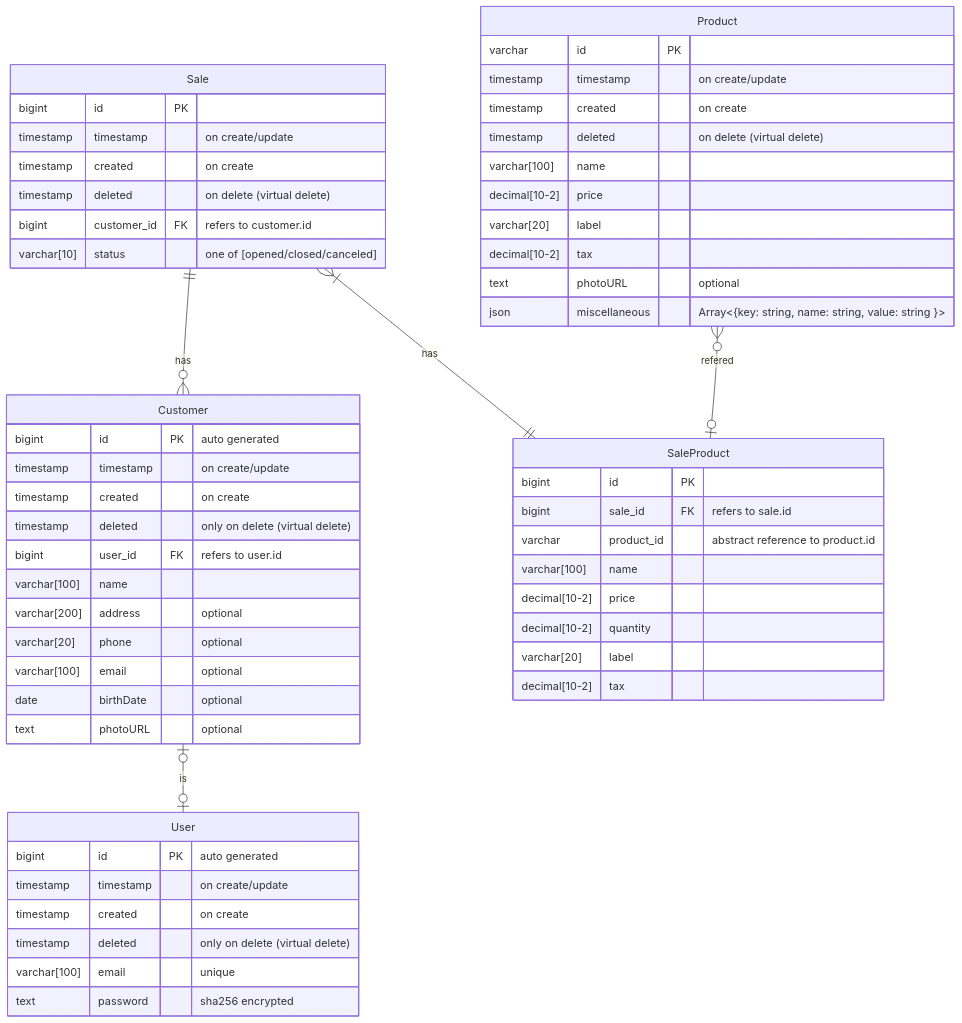
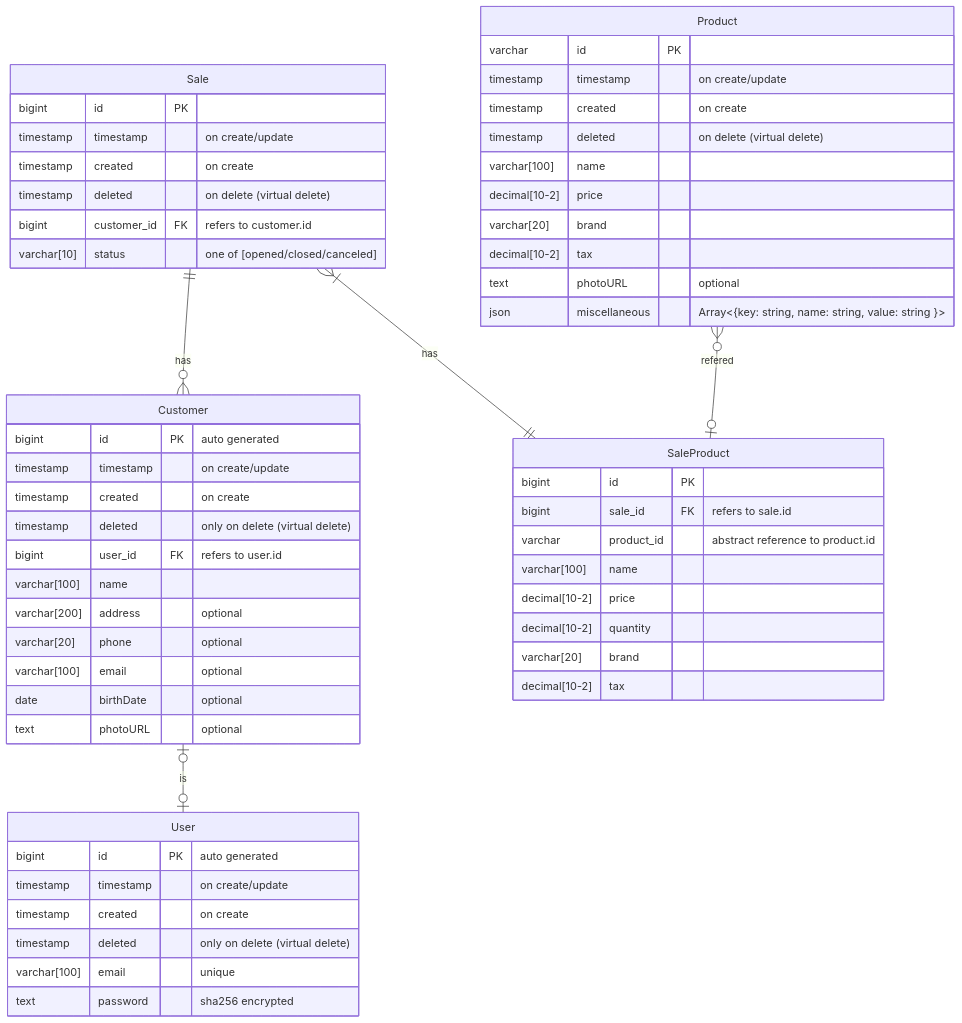
One commit to RegislaineRegis/inovia-backend-1 changed the diagram in README.mdx. Above: the diagram before and after it, drawn with Mermaid.

Commit message:
chore: rename label to brand

````diff
--- a/README.mdx
+++ b/README.mdx
@@ -29,58 +29,58 @@
 ```mermaid
 erDiagram
   Customer |o--o| User: is
   Sale }|--|| SaleProduct: has
   Sale ||--o{ Customer: has
   Product }o--o| SaleProduct: "refered"
   User {
     bigint       id PK     "auto generated"
     timestamp    timestamp "on create/update"
     timestamp    created   "on create"
     timestamp    deleted   "only on delete (virtual delete)"
     varchar[100] email     "unique"
     text         password  "sha256 encrypted"
   }
   Customer {
     bigint       id        PK "auto generated"
     timestamp    timestamp    "on create/update"
     timestamp    created      "on create"
     timestamp    deleted      "only on delete (virtual delete)"
     bigint       user_id   FK "refers to user.id"
     varchar[100] name
     varchar[200] address      "optional"
     varchar[20]  phone        "optional"
     varchar[100] email        "optional"
     date         birthDate    "optional"
     text         photoURL     "optional"
   }
   Product {
     varchar       id            PK
     timestamp     timestamp        "on create/update"
     timestamp     created          "on create"
     timestamp     deleted          "on delete (virtual delete)"
     varchar[100]  name
     decimal[10-2] price
-    varchar[20]   label
+    varchar[20]   brand
     decimal[10-2] tax
     text          photoURL         "optional"
     json          miscellaneous    "Array<{key: string, name: string, value: string }>"
   }
   Sale {
     bigint      id          PK
     timestamp   timestamp      "on create/update"
     timestamp   created        "on create"
     timestamp   deleted        "on delete (virtual delete)"
     bigint      customer_id FK "refers to customer.id"
     varchar[10] status         "one of [opened/closed/canceled]"
   }
   SaleProduct {
     bigint        id         PK
     bigint        sale_id    FK "refers to sale.id"
     varchar       product_id    "abstract reference to product.id"
     varchar[100]  name
     decimal[10-2] price
     decimal[10-2] quantity
-    varchar[20]   label
+    varchar[20]   brand
     decimal[10-2] tax
   }
 ```
````
